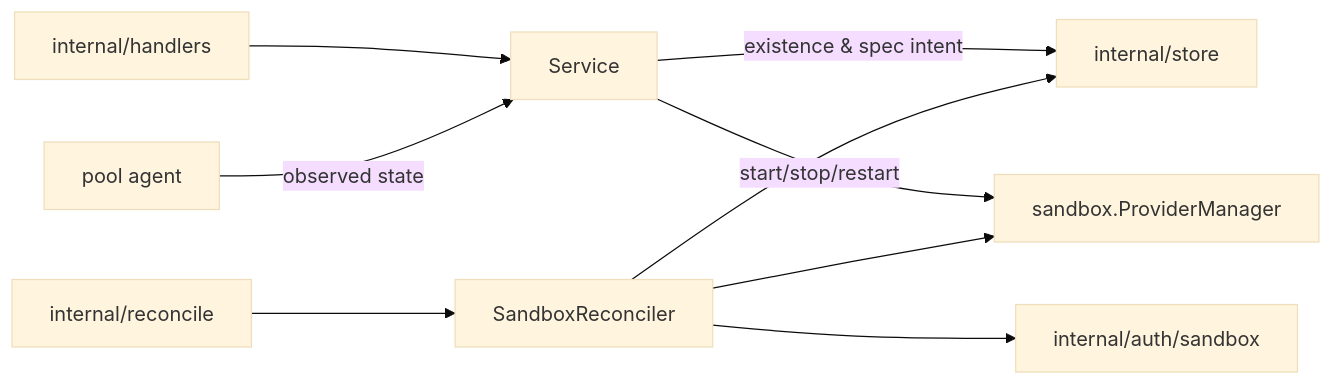
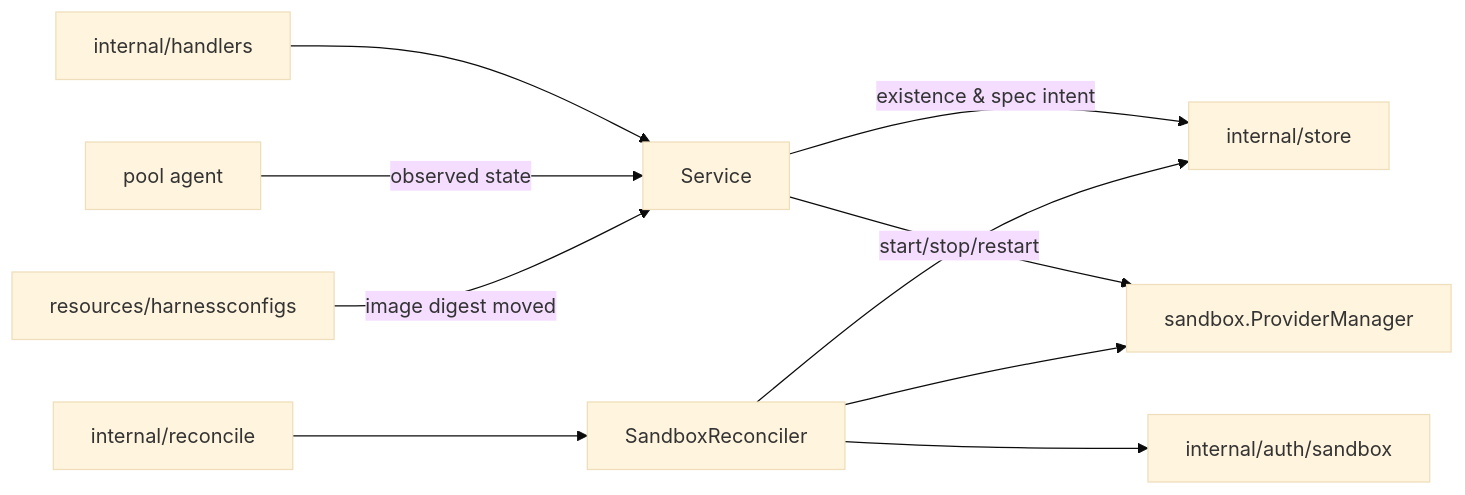
Before and after one commit to discobox-ai/discobox: the first of 2 diagrams in server/internal/resources/sandboxes/DESIGN.md, drawn with Mermaid (base theme). The commit also changed other lines of this file and 37 other files, not shown here.

````diff
--- a/server/internal/resources/sandboxes/DESIGN.md
+++ b/server/internal/resources/sandboxes/DESIGN.md
@@ -9,11 +9,12 @@
 ```mermaid
 flowchart LR
     api[internal/handlers] --> service[Service]
     service -->|"existence & spec intent"| store[internal/store]
     service -->|"start/stop/restart"| providers[sandbox.ProviderManager]
     engine[internal/reconcile] --> reconciler[SandboxReconciler]
     reconciler --> store
     reconciler --> providers
     reconciler --> auth[internal/auth/sandbox]
     agent[pool agent] -->|"observed state"| service
+    hc[resources/harnessconfigs] -->|"image digest moved"| service
 ```
````
